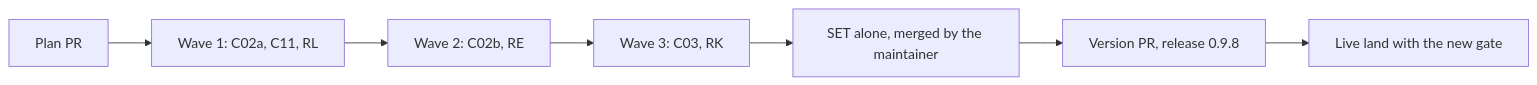
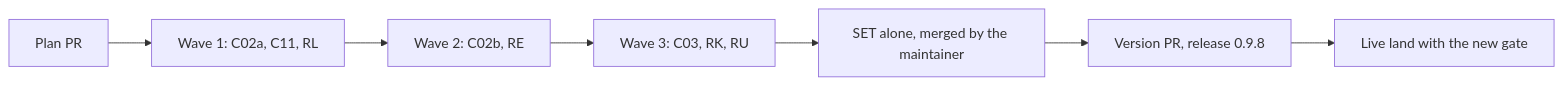
One commit to alfhen/agent-pr-pipeline changed the diagram in docs/plan-0.9.8.md. Above: the diagram before and after it, drawn with Mermaid. The commit also changed other lines of this file, not shown here.

````diff
--- a/docs/plan-0.9.8.md
+++ b/docs/plan-0.9.8.md
@@ -61,9 +65,9 @@
 ```mermaid
 flowchart LR
   P[Plan PR] --> W1[Wave 1: C02a, C11, RL]
   W1 --> W2[Wave 2: C02b, RE]
-  W2 --> W3[Wave 3: C03, RK]
+  W2 --> W3[Wave 3: C03, RK, RU]
   W3 --> S[SET alone, merged by the maintainer]
   S --> V[Version PR, release 0.9.8]
   V --> L[Live land with the new gate]
 ```
````
